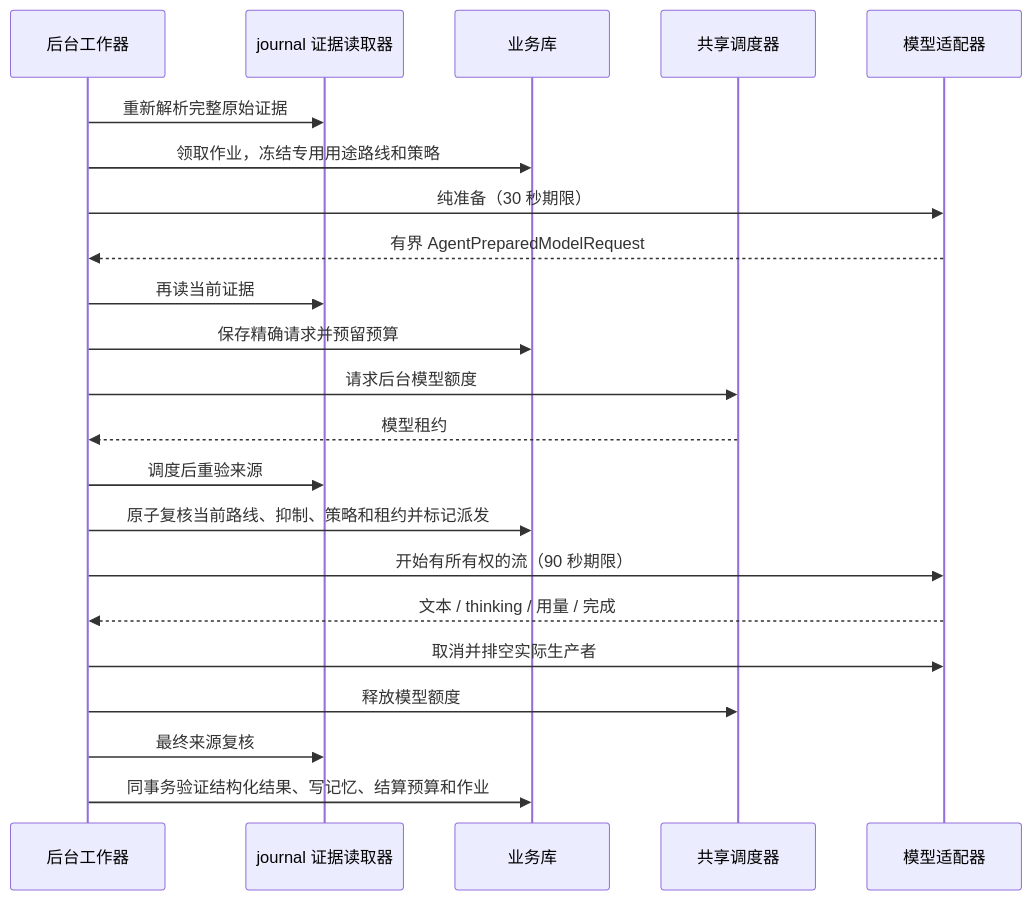
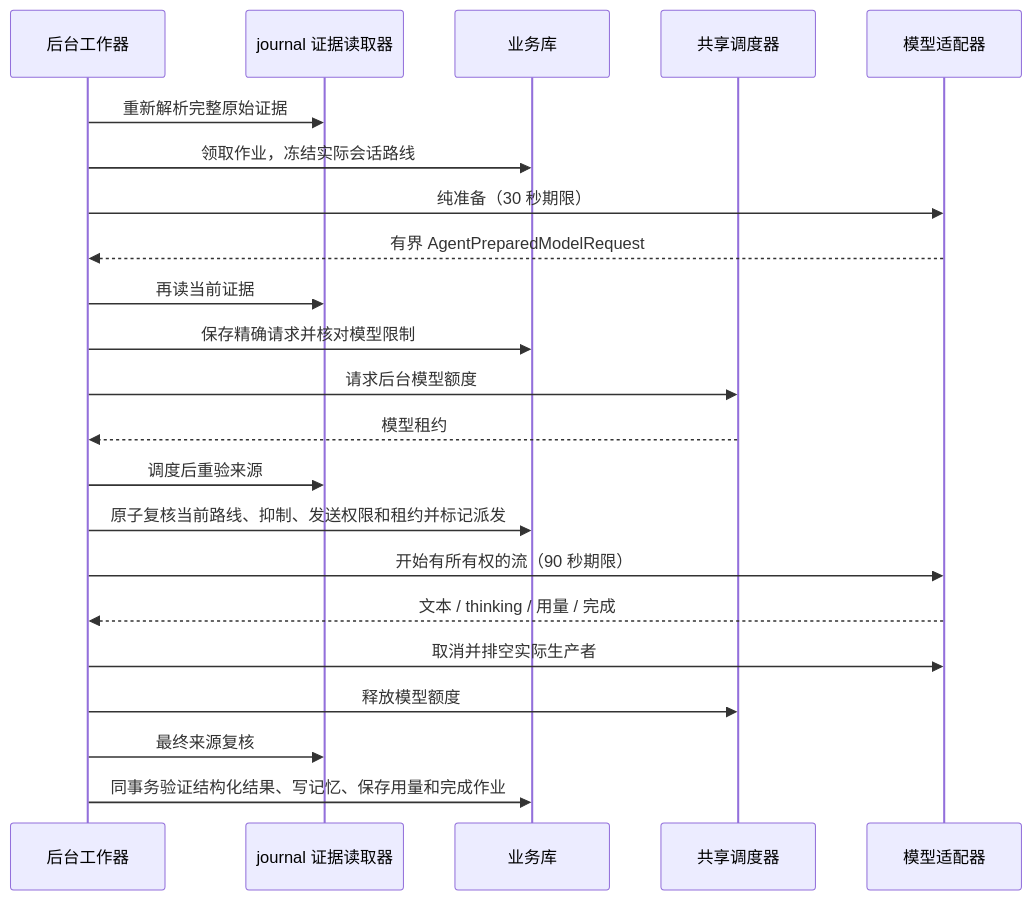
The second of 2 diagrams in docs/architecture/AUTOMATIC_MEMORY_IMPLEMENTATION.md (alwynou/mira), drawn with Mermaid before and after one commit. The commit also changed other lines of this file and 251 other files, not shown here.

````diff
--- a/docs/architecture/AUTOMATIC_MEMORY_IMPLEMENTATION.md
+++ b/docs/architecture/AUTOMATIC_MEMORY_IMPLEMENTATION.md
@@ -40,24 +38,24 @@
 ```mermaid
 sequenceDiagram
     participant W as 后台工作器
     participant J as journal 证据读取器
     participant D as 业务库
     participant S as 共享调度器
     participant M as 模型适配器
     W->>J: 重新解析完整原始证据
-    W->>D: 领取作业，冻结专用用途路线和策略
+    W->>D: 领取作业，冻结实际会话路线
     W->>M: 纯准备（30 秒期限）
     M-->>W: 有界 AgentPreparedModelRequest
     W->>J: 再读当前证据
-    W->>D: 保存精确请求并预留预算
+    W->>D: 保存精确请求并核对模型限制
     W->>S: 请求后台模型额度
     S-->>W: 模型租约
     W->>J: 调度后重验来源
-    W->>D: 原子复核当前路线、抑制、策略和租约并标记派发
+    W->>D: 原子复核当前路线、抑制、发送权限和租约并标记派发
     W->>M: 开始有所有权的流（90 秒期限）
     M-->>W: 文本 / thinking / 用量 / 完成
     W->>M: 取消并排空实际生产者
     W->>S: 释放模型额度
     W->>J: 最终来源复核
-    W->>D: 同事务验证结构化结果、写记忆、结算预算和作业
+    W->>D: 同事务验证结构化结果、写记忆、保存用量和完成作业
 ```
````
